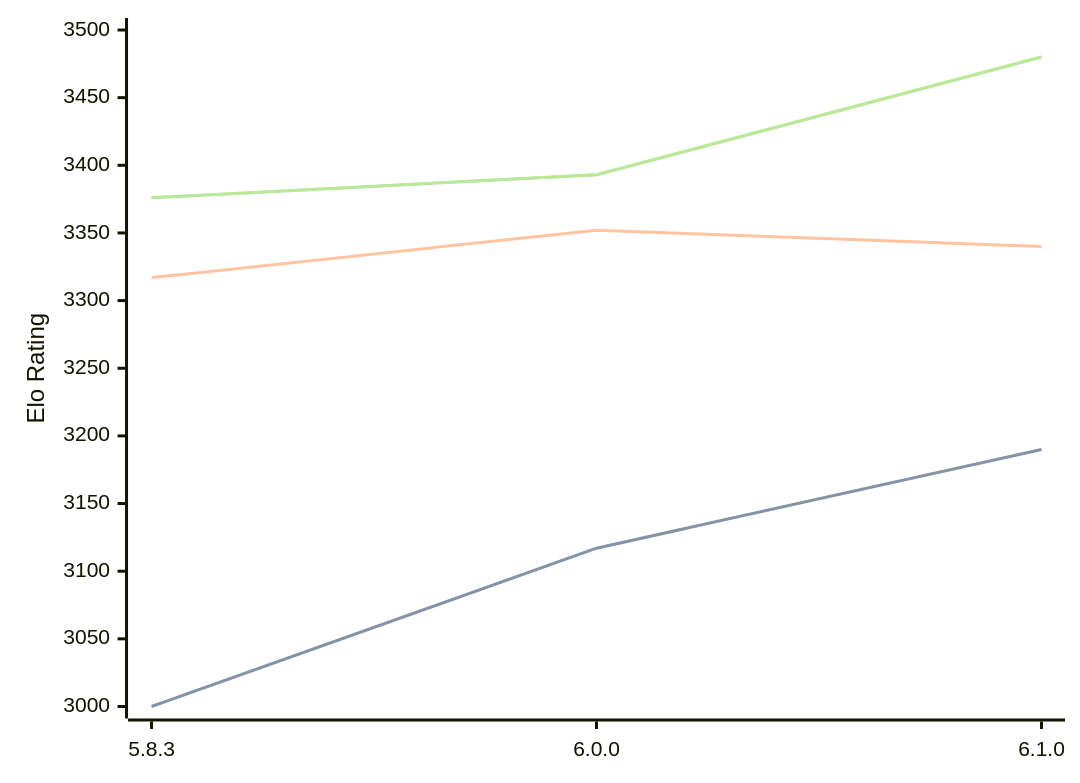
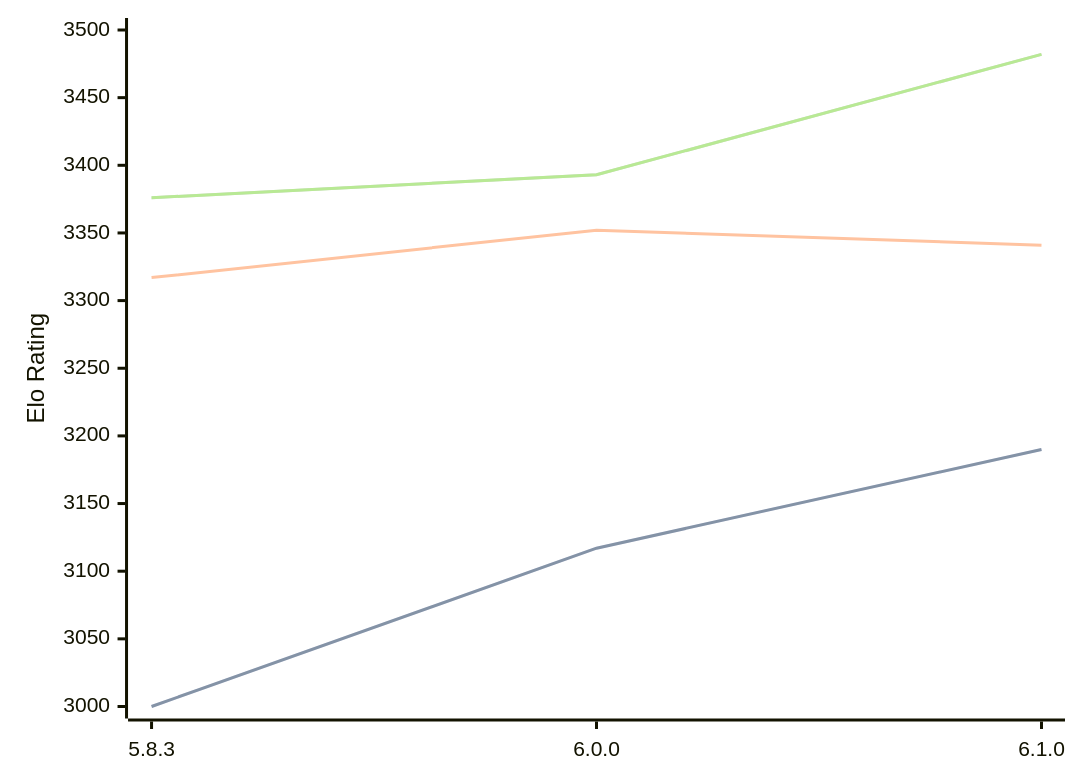
Before and after one commit to computer-chess-index/cci: the diagram in engines/Zigqueen.md, drawn with Mermaid. The commit also changed other lines of this file, not shown here.

Commit message:
Update CCI Ratings (ELO VLTC) - 2026-09-04

````diff
--- a/engines/Zigqueen.md
+++ b/engines/Zigqueen.md
@@ -36,11 +36,11 @@
 ```mermaid
 %%{init: {"theme":"base","themeVariables":{"seriesColors:['#a3a3a3','#222221','#faa371']}}}%%
 xychart-beta
   x-axis ["5.8.3", "6.0.0", "6.1.0"]
   y-axis "Elo Rating" 3000 --> 3500
   line "" [3000, 3117, 3190]
   line "STC (8.0+0.08s)" [3000, 3117, 3190]
-  line "LTC (60.0+0.60s)" [3317, 3352, 3340]
-  line "" [3376, 3393, 3480]
-  line "VLTC (2m24s+1.12s)" [3376, 3393, 3480]
+  line "LTC (60.0+0.60s)" [3317, 3352, 3341]
+  line "" [3376, 3393, 3482]
+  line "VLTC (2m24s+1.12s)" [3376, 3393, 3482]
 ```
````
